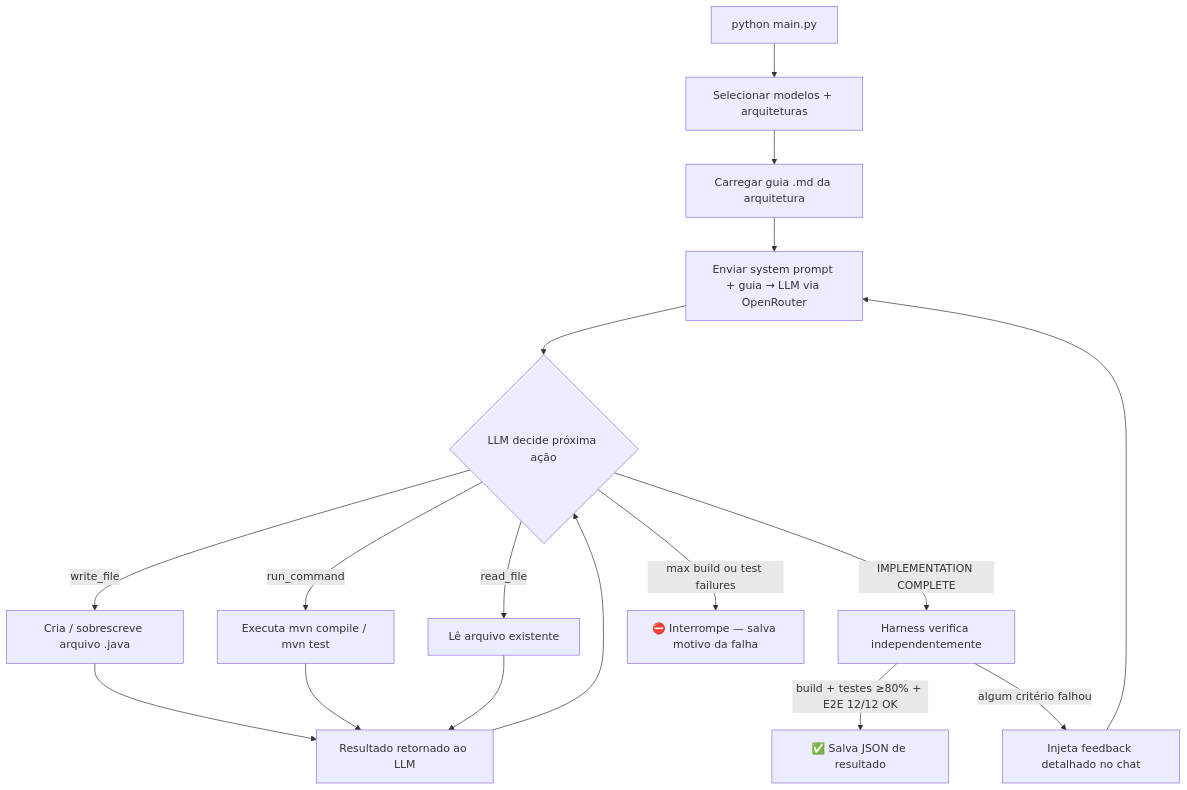
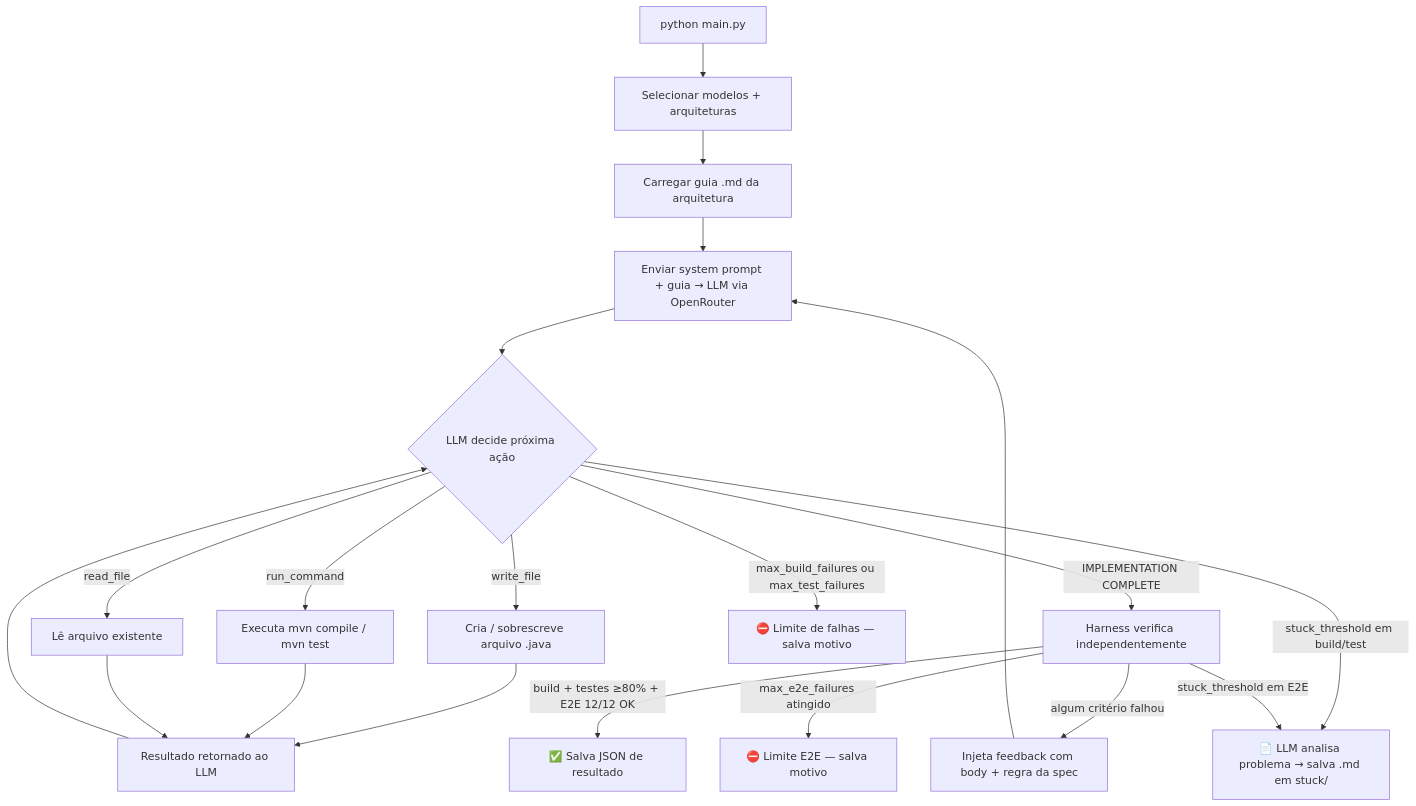
Before and after one commit to GaberRB/benchmark-ai: the diagram in README.md, drawn with Mermaid. The commit also changed other lines of this file and 1 other file, not shown here.

Commit message:
docs(exp-06): atualiza READMEs com features do harness (stuck, E2E feedback, Qwen)
- Flowcharts (README raiz + exp-06): adicionam saídas por max_e2e_failures e stuck
- Sequence diagram: bloco opt mostrando _trigger_stuck() e geração do .md
- Condições de término: de 3 para 5 (+ limite E2E + stuck)
- Loop de verificação: feedback agora mostra tentativa #N, ✓/✗ por cenário,
  body HTTP e regra da spec (com dica UUID para E2E-07/09/11)
- Nova seção "Sistema de análise de stuck": explica stuck_threshold,
  o que o LLM documenta e a finalidade dos arquivos em stuck/
- agent_behavior JSON: novos campos completion_attempts, e2e_attempts,
  e2e_fail_streak_at_end; convergence_reason inclui max_e2e_failures e stuck
- Modelos: adiciona Qwen 2.5 Coder 32B (sem tool use nativo) em ambas as tabelas
- Estrutura de arquivos: pasta stuck/ documentada

````diff
--- a/README.md
+++ b/README.md
@@ -81,17 +81,20 @@
 ```mermaid
 flowchart TD
     A[python main.py] --> B[Selecionar modelos + arquiteturas]
     B --> C[Carregar guia .md da arquitetura]
     C --> D[Enviar system prompt + guia → LLM via OpenRouter]
     D --> E{LLM decide próxima ação}
     E -->|write_file| F[Cria / sobrescreve arquivo .java]
     E -->|run_command| G[Executa mvn compile / mvn test]
     E -->|read_file| H[Lê arquivo existente]
     F & G & H --> I[Resultado retornado ao LLM]
     I --> E
     E -->|IMPLEMENTATION COMPLETE| J[Harness verifica independentemente]
     J -->|build + testes ≥80% + E2E 12/12 OK| K[✅ Salva JSON de resultado]
-    J -->|algum critério falhou| L[Injeta feedback detalhado no chat]
+    J -->|algum critério falhou| L[Injeta feedback com body + regra da spec]
     L --> D
-    E -->|max build ou test failures| M[⛔ Interrompe — salva motivo da falha]
+    E -->|max_build_failures ou max_test_failures| M[⛔ Limite de falhas — salva motivo]
+    J -->|max_e2e_failures atingido| N[⛔ Limite E2E — salva motivo]
+    E -->|stuck_threshold em build/test| O[📄 LLM analisa problema → salva .md em stuck/]
+    J -->|stuck_threshold em E2E| O
 ```
````
